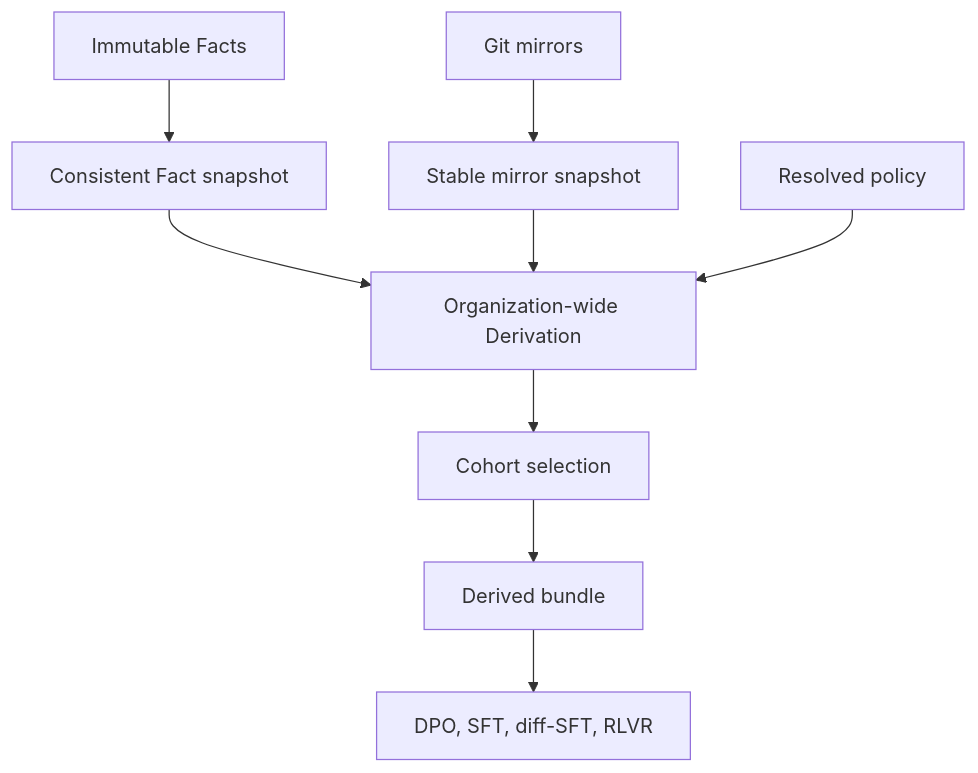
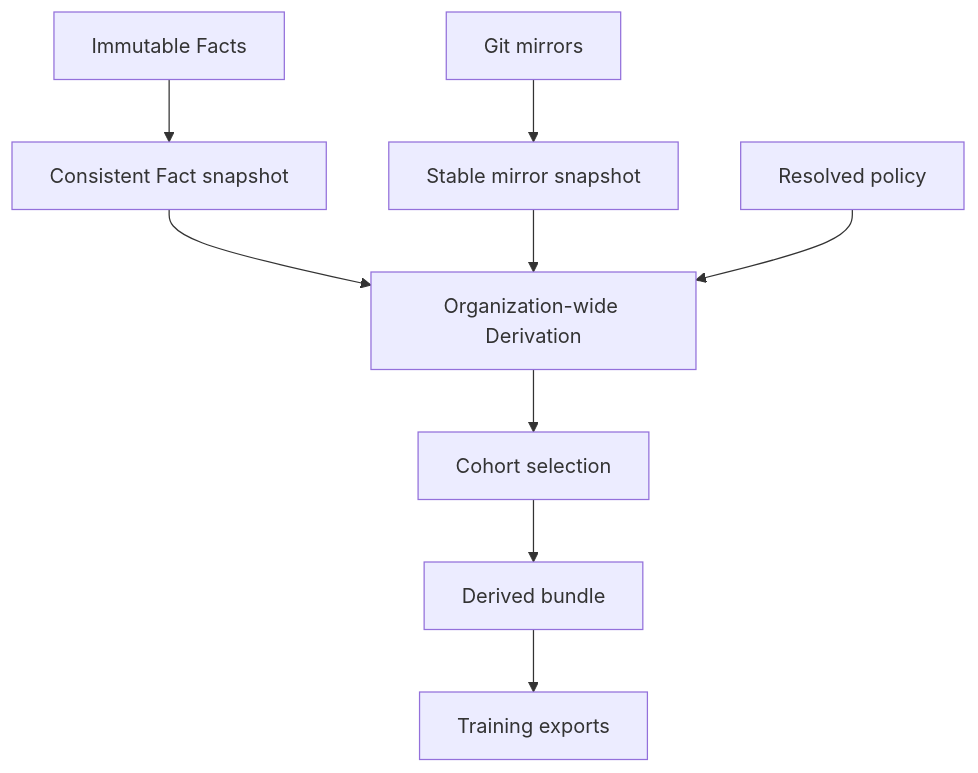
Before and after one commit to sediment-ai/sediment: the diagram in docs/explanation/how-derivation-works.md, drawn with Mermaid. The commit also changed other lines of this file and 4 other files, not shown here.

````diff
--- a/docs/explanation/how-derivation-works.md
+++ b/docs/explanation/how-derivation-works.md
@@ -63,11 +26,11 @@
 ```mermaid
 flowchart TB
   F[Immutable Facts] --> S[Consistent Fact snapshot]
   M[Git mirrors] --> G[Stable mirror snapshot]
   S --> D[Organization-wide Derivation]
   G --> D
   P[Resolved policy] --> D
   D --> C[Cohort selection]
   C --> B[Derived bundle]
-  B --> E[DPO, SFT, diff-SFT, RLVR]
+  B --> E[Training exports]
 ```
````
